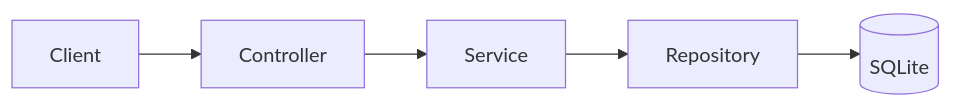
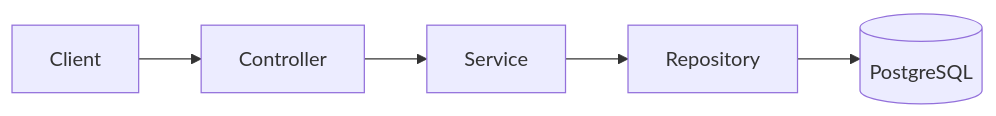
One commit to 212khannadeem/salary-management changed the diagram in docs/ARCHITECTURE.md. Above: the diagram before and after it, drawn with Mermaid. The commit also changed other lines of this file and 5 other files, not shown here.

````diff
--- a/docs/ARCHITECTURE.md
+++ b/docs/ARCHITECTURE.md
@@ -3,7 +3,7 @@
 ```mermaid
 flowchart LR
   Client --> Controller
   Controller --> Service
   Service --> Repository
-  Repository --> SQLite[(SQLite)]
+  Repository --> PostgreSQL[(PostgreSQL)]
 ```
````
